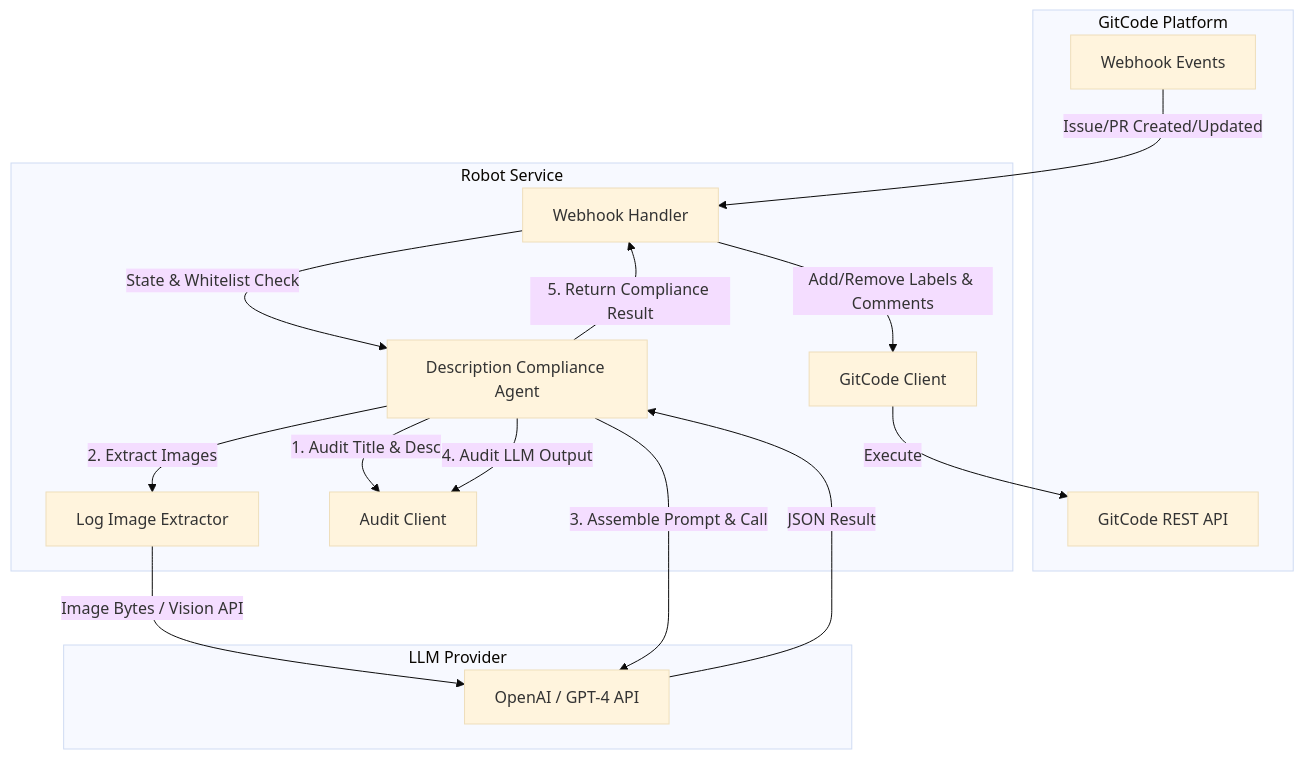
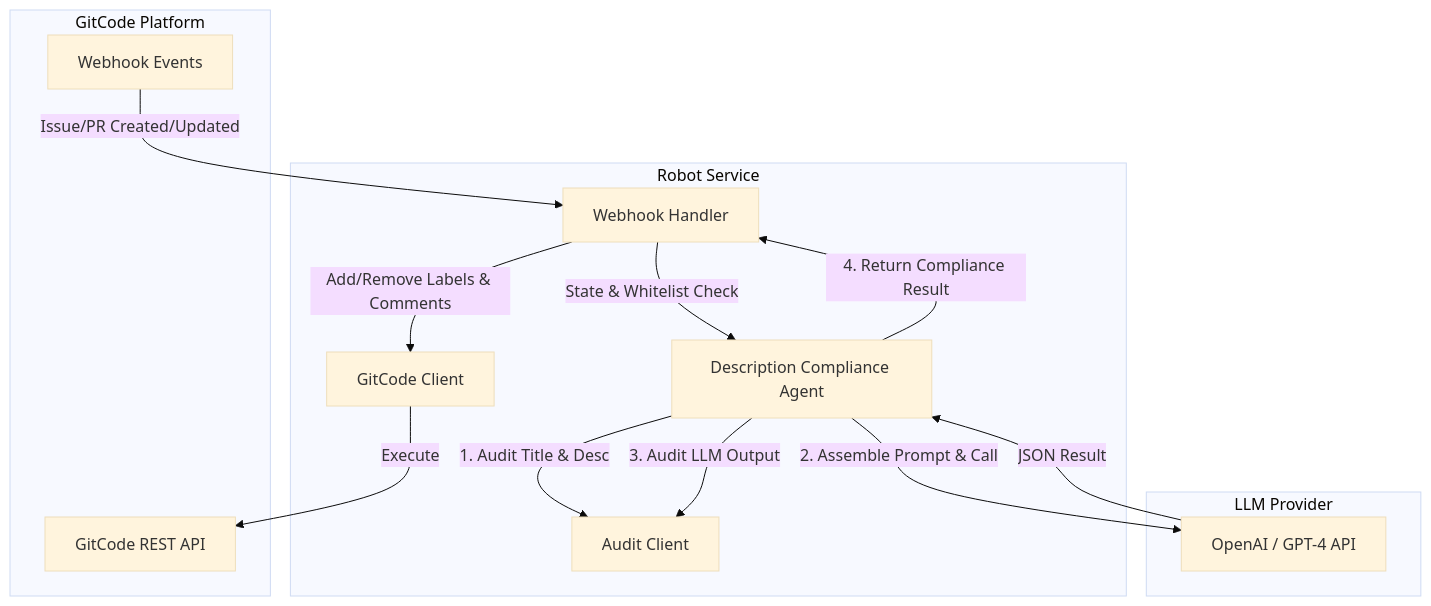
Before and after one commit to GeorgeCao-hw/backlog-test: the first of 3 diagrams in opensourceways/backlog/issue_docs/62/Architecture Desgin/#62 Architecture Design Specification.md, drawn with Mermaid (base theme). The commit also changed other lines of this file and 1 other file, not shown here.

````diff
--- a/opensourceways/backlog/issue_docs/62/Architecture Desgin/#62 Architecture Design Specification.md
+++ b/opensourceways/backlog/issue_docs/62/Architecture Desgin/#62 Architecture Design Specification.md
@@ -20,31 +20,28 @@
 ```mermaid
 graph TD
     subgraph GitCode Platform
         Events[Webhook Events]
         API[GitCode REST API]
     end
 
     subgraph Robot Service
         Handler[Webhook Handler]
         Agent[Description Compliance Agent]
-        ImageExt[Log Image Extractor]
         Audit[Audit Client]
         Client[GitCode Client]
     end
 
     subgraph LLM Provider
         LLMAPI[OpenAI / GPT-4 API]
     end
 
     Events -->|Issue/PR Created/Updated| Handler
     Handler -->|State & Whitelist Check| Agent
     Agent -->|1. Audit Title & Desc| Audit
-    Agent -->|2. Extract Images| ImageExt
-    ImageExt -->|Image Bytes / Vision API| LLMAPI
-    Agent -->|3. Assemble Prompt & Call| LLMAPI
+    Agent -->|2. Assemble Prompt & Call| LLMAPI
     LLMAPI -->|JSON Result| Agent
-    Agent -->|4. Audit LLM Output| Audit
-    Agent -->|5. Return Compliance Result| Handler
+    Agent -->|3. Audit LLM Output| Audit
+    Agent -->|4. Return Compliance Result| Handler
     Handler -->|Add/Remove Labels & Comments| Client
     Client -->|Execute| API
 ```
````
